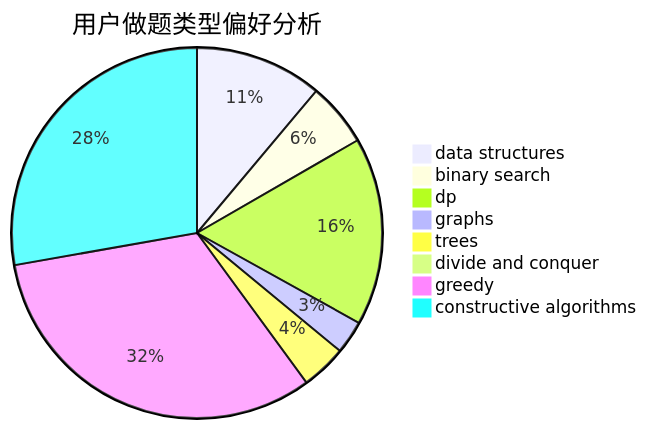
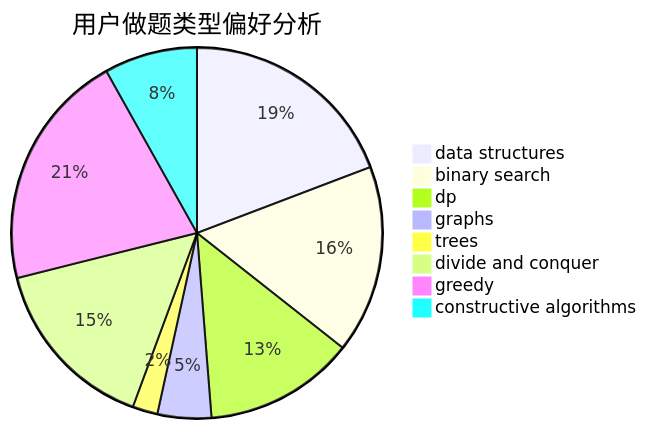
Before and after one commit to sherpahu/cfrs.github.io: the second of 3 diagrams in docs/user/u2108.md, drawn with Mermaid. The commit also changed other lines of this file and 2770 other files, not shown here.

````diff
--- a/docs/user/u2108.md
+++ b/docs/user/u2108.md
@@ -23,11 +23,11 @@
 ```mermaid
 pie title 用户做题类型偏好分析
-    "data structures" :  42
-    "binary search" :  21
-    "dp" :  62
-    "graphs" :  11
-    "trees" :  15
-    "divide and conquer" :  0
-    "greedy" :  122
-    "constructive algorithms" :  105
+    "data structures" :  123
+    "binary search" :  105
+    "dp" :  84
+    "graphs" :  30
+    "trees" :  14
+    "divide and conquer" :  99
+    "greedy" :  133
+    "constructive algorithms" :  52
 ```
````
